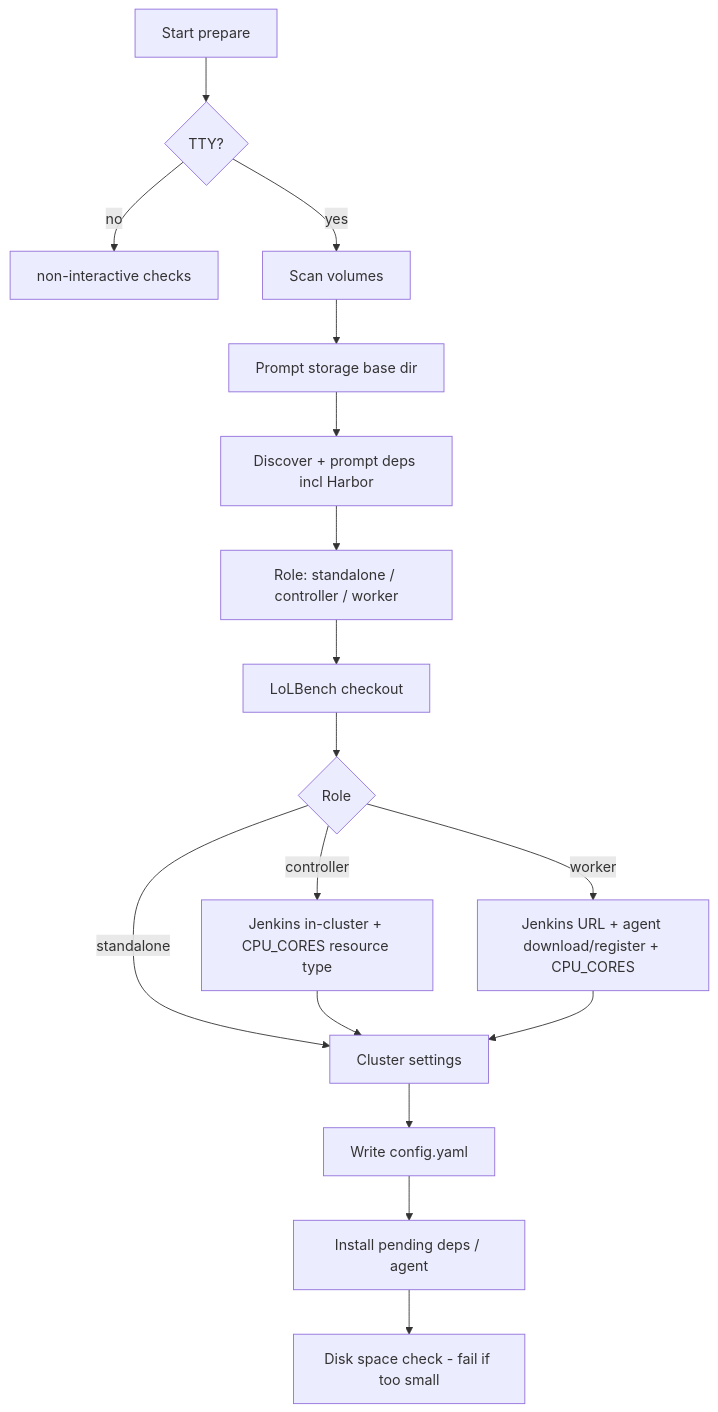
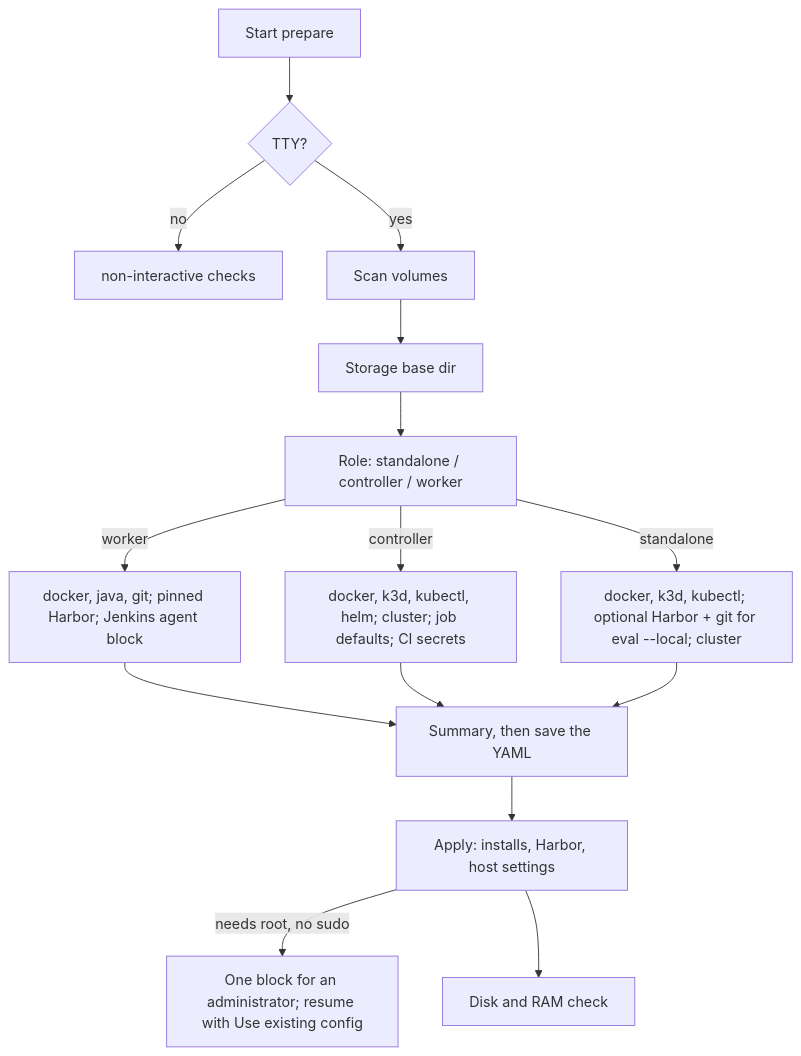
The diagram in docs/prepare-wizard.md (Toby-Yu/mac-k3d), drawn with Mermaid before and after one commit. The commit also changed other lines of this file and 126 other files, not shown here.

````diff
--- a/docs/prepare-wizard.md
+++ b/docs/prepare-wizard.md
@@ -26,19 +34,17 @@
 ```mermaid
 flowchart TD
     A[Start prepare] --> B{TTY?}
     B -->|no| C[non-interactive checks]
     B -->|yes| D[Scan volumes]
-    D --> E[Prompt storage base dir]
-    E --> F[Discover + prompt deps incl Harbor]
-    F --> G[Role: standalone / controller / worker]
-    G --> H[LoLBench checkout]
-    H --> I{Role}
-    I -->|controller| J[Jenkins in-cluster + CPU_CORES resource type]
-    I -->|worker| K[Jenkins URL + agent download/register + CPU_CORES]
-    I -->|standalone| L[Cluster settings]
-    J --> L
-    K --> L
-    L --> M[Write config.yaml]
-    M --> N[Install pending deps / agent]
-    N --> O[Disk space check - fail if too small]
+    D --> E[Storage base dir]
+    E --> F[Role: standalone / controller / worker]
+    F -->|worker| W[docker, java, git; pinned Harbor; Jenkins agent block]
+    F -->|controller| K[docker, k3d, kubectl, helm; cluster; job defaults; CI secrets]
+    F -->|standalone| S[docker, k3d, kubectl; optional Harbor + git for eval --local; cluster]
+    W --> M[Summary, then save the YAML]
+    K --> M
+    S --> M
+    M --> N[Apply: installs, Harbor, host settings]
+    N -->|needs root, no sudo| R[One block for an administrator; resume with Use existing config]
+    N --> O[Disk and RAM check]
 ```
````
